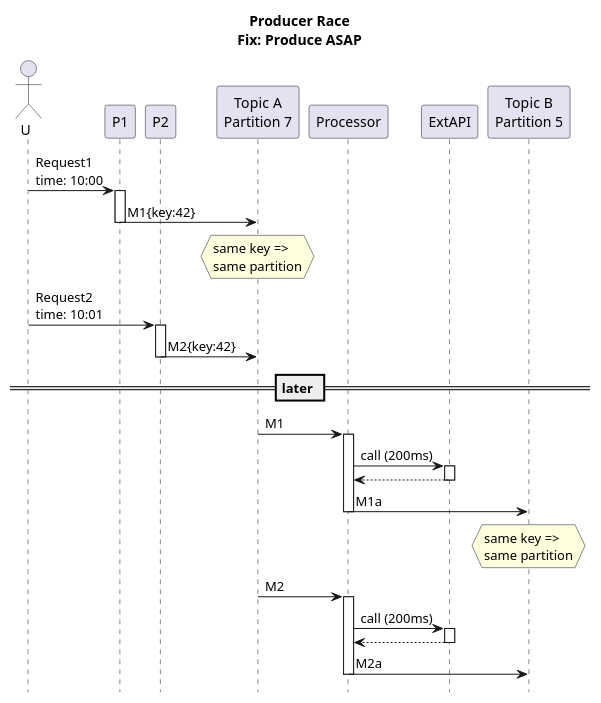
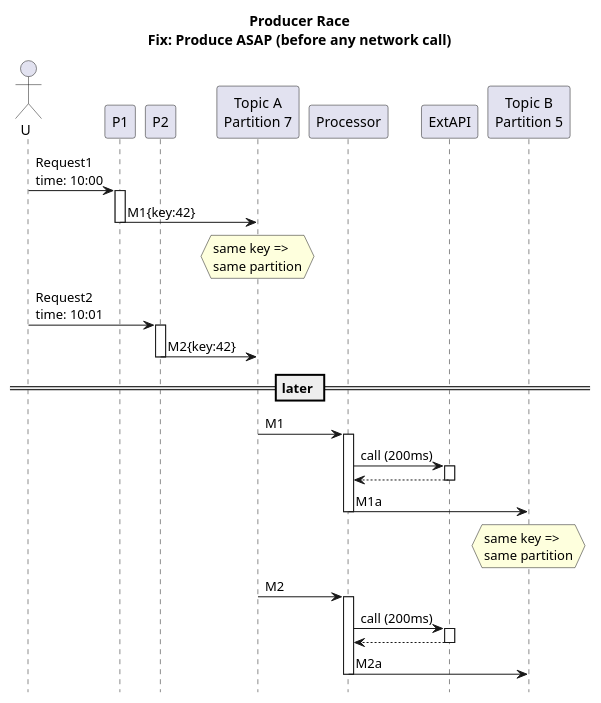
Before and after one commit to victorrentea/kafka: the diagram in patterns/2_order_p_[fix]kafka_produce_asap.puml, drawn with PlantUML. The commit also changed 33 other files, not shown here.

```diff
--- a/patterns/2_order_p_[fix]kafka_produce_asap.puml
+++ b/patterns/2_order_p_[fix]kafka_produce_asap.puml
@@ -1,27 +1,27 @@
 @startuml
-title Producer Race\nFix: Produce ASAP
+title Producer Race\nFix: Produce ASAP (before any network call)
 hide footbox
 actor U
 participant P1
 participant P2
 participant "Topic A\nPartition 7" as TA_P7
 participant "Topic B\nPartition 5" as TB_P5 order 10
 
 U->P1++: Request1\ntime: 10:00
 TA_P7<-P1--:M1{key:42}
 hnote over TA_P7: same key =>\nsame partition
 U->P2++: Request2\ntime: 10:01
 TA_P7<-P2--:M2{key:42}
 
 == later ==
 TA_P7->Processor++:M1
 Processor->ExtAPI++:call (200ms)
 Processor<--ExtAPI--
 TB_P5<-Processor--:M1a
 
 hnote over TB_P5: same key =>\nsame partition
 TA_P7->Processor++:M2
 Processor->ExtAPI++:call (200ms)
 Processor<--ExtAPI--
 TB_P5<-Processor--:M2a
 @enduml
```
